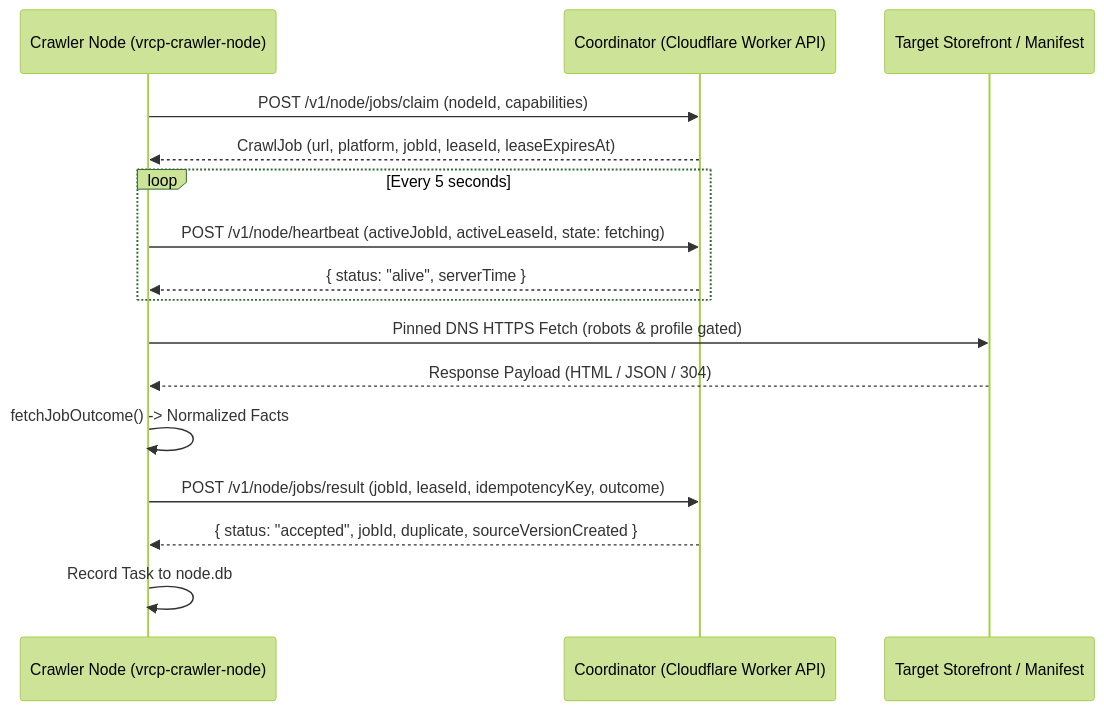
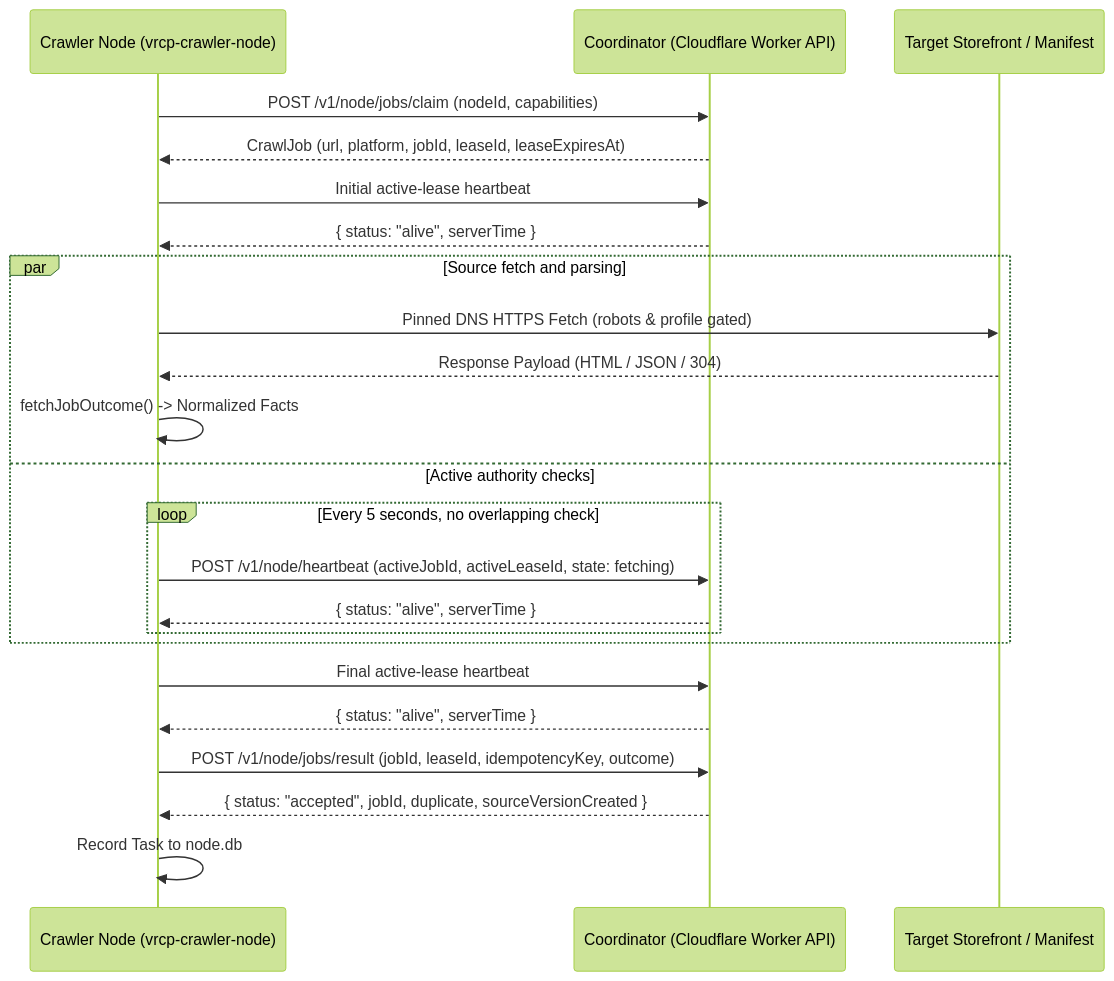
The diagram in docs/source/SPECIFICATION_CRAWLER_CLIENT.md (SlamTheDragon/vrc-package-crawler), drawn with Mermaid (forest theme) before and after one commit. The commit also changed other lines of this file and 86 other files, not shown here.

````diff
--- a/docs/source/SPECIFICATION_CRAWLER_CLIENT.md
+++ b/docs/source/SPECIFICATION_CRAWLER_CLIENT.md
@@ -34,19 +36,26 @@
 ```mermaid
 sequenceDiagram
     participant Node as Crawler Node (vrcp-crawler-node)
     participant Coord as Coordinator (Cloudflare Worker API)
     participant Origin as Target Storefront / Manifest
 
     Node->>Coord: POST /v1/node/jobs/claim (nodeId, capabilities)
     Coord-->>Node: CrawlJob (url, platform, jobId, leaseId, leaseExpiresAt)
-    loop Every 5 seconds
-        Node->>Coord: POST /v1/node/heartbeat (activeJobId, activeLeaseId, state: fetching)
-        Coord-->>Node: { status: "alive", serverTime }
+    Node->>Coord: Initial active-lease heartbeat
+    Coord-->>Node: { status: "alive", serverTime }
+    par Source fetch and parsing
+        Node->>Origin: Pinned DNS HTTPS Fetch (robots & profile gated)
+        Origin-->>Node: Response Payload (HTML / JSON / 304)
+        Node->>Node: fetchJobOutcome() -> Normalized Facts
+    and Active authority checks
+        loop Every 5 seconds, no overlapping check
+            Node->>Coord: POST /v1/node/heartbeat (activeJobId, activeLeaseId, state: fetching)
+            Coord-->>Node: { status: "alive", serverTime }
+        end
     end
-    Node->>Origin: Pinned DNS HTTPS Fetch (robots & profile gated)
-    Origin-->>Node: Response Payload (HTML / JSON / 304)
-    Node->>Node: fetchJobOutcome() -> Normalized Facts
+    Node->>Coord: Final active-lease heartbeat
+    Coord-->>Node: { status: "alive", serverTime }
     Node->>Coord: POST /v1/node/jobs/result (jobId, leaseId, idempotencyKey, outcome)
     Coord-->>Node: { status: "accepted", jobId, duplicate, sourceVersionCreated }
     Node->>Node: Record Task to node.db
 ```
````
